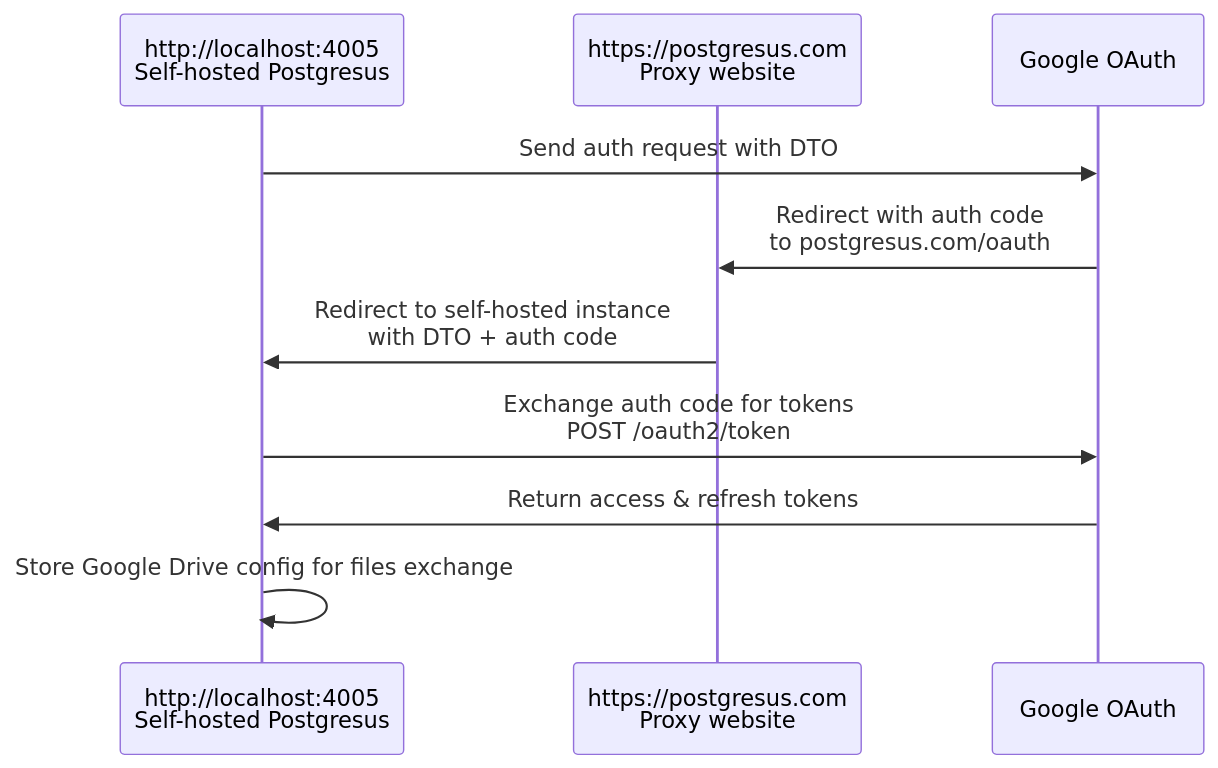
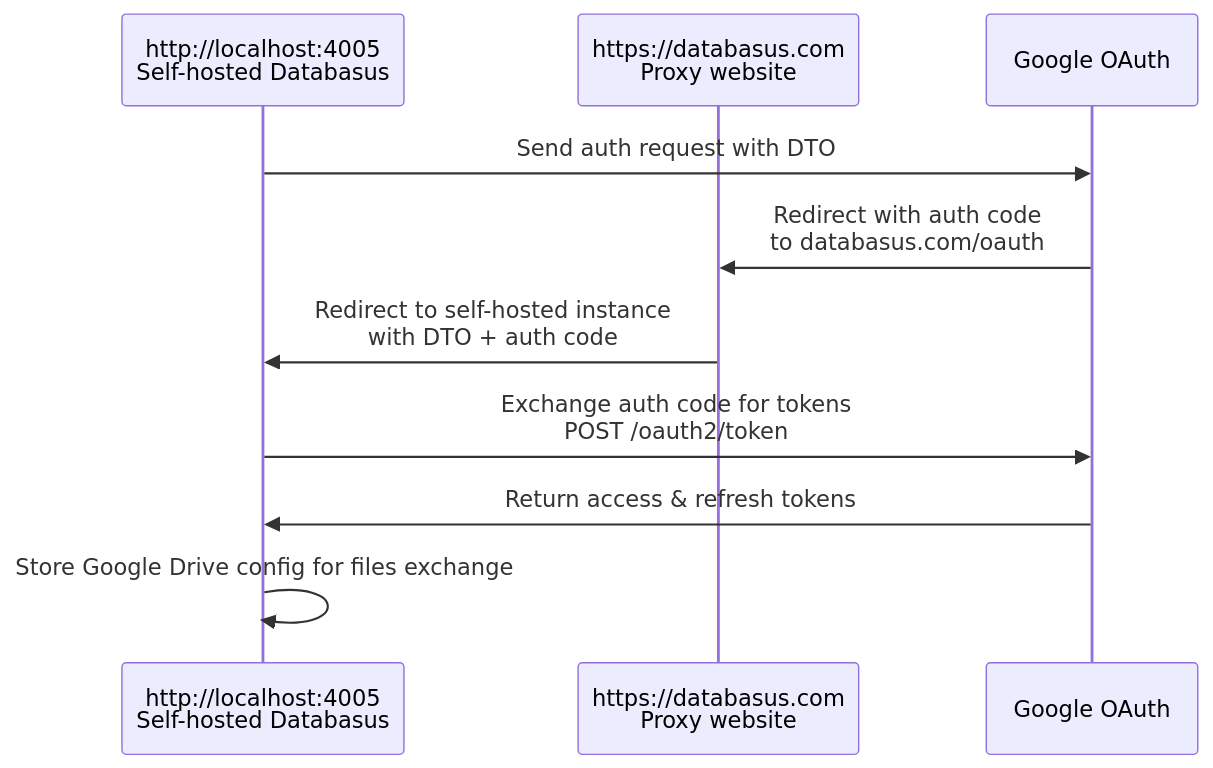
Before and after one commit to CN-P5/databasus: the diagram in docs/how-extrnal-oauth-works.md, drawn with Mermaid. The commit also changed other lines of this file and 216 other files, not shown here.

````diff
--- a/docs/how-extrnal-oauth-works.md
+++ b/docs/how-extrnal-oauth-works.md
@@ -9,17 +9,17 @@
 ```mermaid
 sequenceDiagram
-    participant SelfHosted as http://localhost:4005<br/>Self-hosted Postgresus
-    participant Proxy as https://postgresus.com<br/>Proxy website
+    participant SelfHosted as http://localhost:4005<br/>Self-hosted Databasus
+    participant Proxy as https://databasus.com<br/>Proxy website
     participant Google as Google OAuth
 
     SelfHosted->>Google: Send auth request with DTO
 
-    Google->>Proxy: Redirect with auth code<br/>to postgresus.com/oauth
+    Google->>Proxy: Redirect with auth code<br/>to databasus.com/oauth
 
     Proxy->>SelfHosted: Redirect to self-hosted instance<br/>with DTO + auth code
 
     SelfHosted->>Google: Exchange auth code for tokens<br/>POST /oauth2/token
     Google->>SelfHosted: Return access & refresh tokens
 
     SelfHosted->>SelfHosted: Store Google Drive config for files exchange
 ```
````
